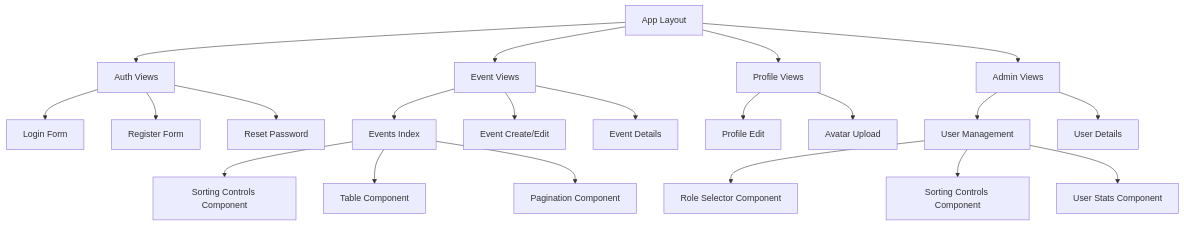
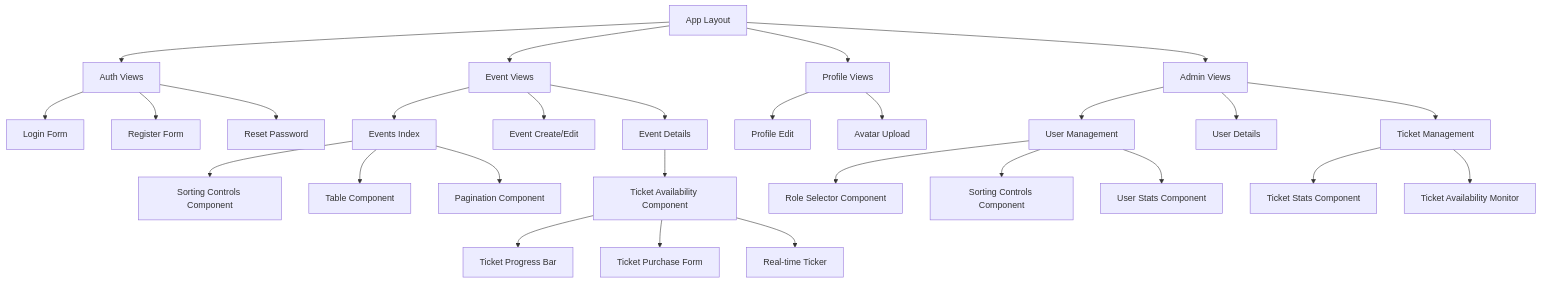
The third of 11 diagrams in ARCHITECTURE.md (Event-Management-Ticketing-System-EMTS/Event-Management-Ticketing-System), drawn with Mermaid before and after one commit. The commit also changed other lines of this file and 1 other file, not shown here.

Commit message:
feat: Enhance ticket management system with real-time availability and observer pattern integration

````diff
--- a/ARCHITECTURE.md
+++ b/ARCHITECTURE.md
@@ -93,29 +130,38 @@
 ```mermaid
 graph TD
     A[App Layout] --> B[Auth Views]
     A --> C[Event Views]
     A --> D[Profile Views]
     
     B --> B1[Login Form]
     B --> B2[Register Form]
     B --> B3[Reset Password]
     
     C --> C1[Events Index]
     C --> C2[Event Create/Edit]
     C --> C3[Event Details]
     
     C1 --> SC[Sorting Controls Component]
     C1 --> TC[Table Component]
     C1 --> PC[Pagination Component]
     
+    C3 --> TAC[Ticket Availability Component]
+    TAC --> TPB[Ticket Progress Bar]
+    TAC --> TPF[Ticket Purchase Form]
+    TAC --> TRT[Real-time Ticker]
+    
     D --> D1[Profile Edit]
     D --> D2[Avatar Upload]
     
     A --> E[Admin Views]
     E --> E1[User Management]
     E --> E2[User Details]
+    E --> E3[Ticket Management]
     
     E1 --> RSC[Role Selector Component]
     E1 --> SSC[Sorting Controls Component]
     E1 --> USC[User Stats Component]
+    
+    E3 --> TSC[Ticket Stats Component]
+    E3 --> TAM[Ticket Availability Monitor]
 ```
````
